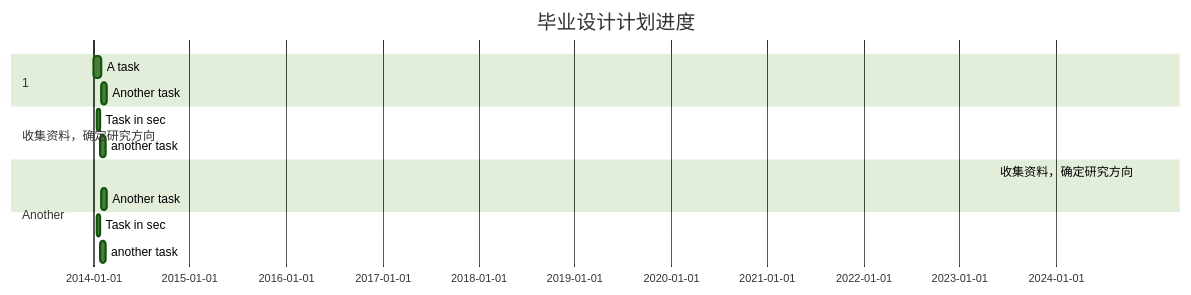
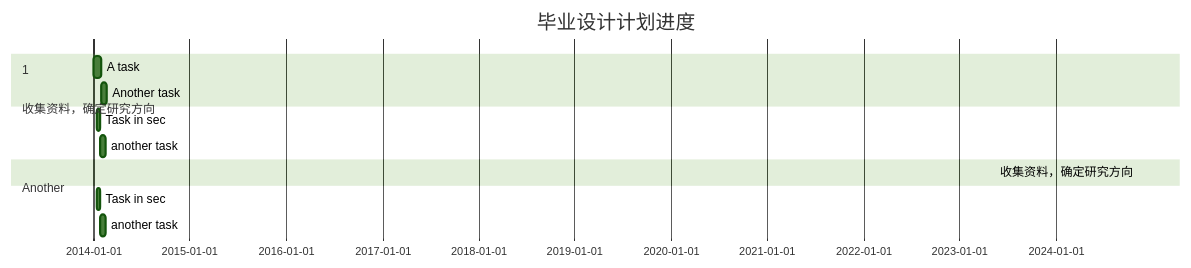
The diagram in all/未命名.md (Kelseyyz/iodraw-files), drawn with Mermaid (forest theme) before and after one commit.

Commit message:
2024-12-30 11:00:51 update

````diff
--- a/all/未命名.md
+++ b/all/未命名.md
@@ -1,20 +1,20 @@
 ```mermaid
 gantt
     title 毕业设计计划进度
     dateFormat  YYYY-MM-DD
     
     section 收集资料，确定研究方向
     A task           :a1, 2014-01-01, 30d
     Another task     :after a1  , 20d
     section Another
     Task in sec      :2014-01-12  , 12d
     another task      : 24d
 
 
     section 1
-    收集资料，确定研究方向           : 2024-11-10, d
-    Another task     :after a1  , 20d
+    收集资料，确定研究方向           : 2024-11-10, 
+
     section Another
     Task in sec      :2014-01-12  , 12d
     another task      : 24d
 ```
````
